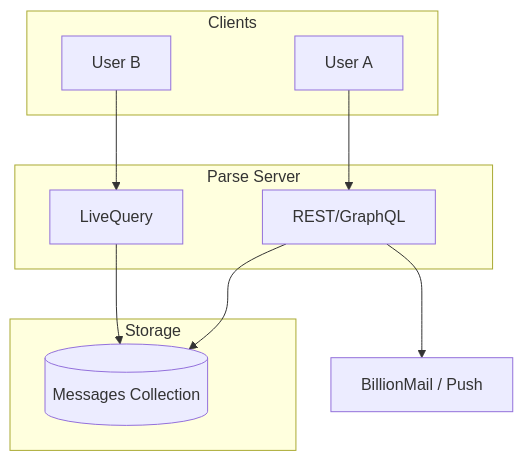
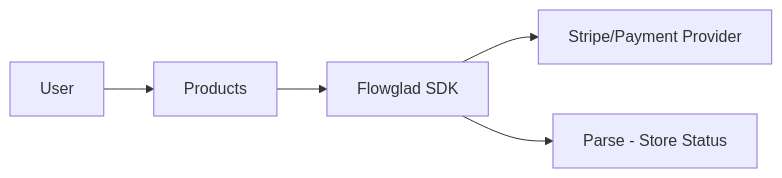
The fifth of 9 diagrams in expansion.md (dirm02/bloggista), drawn with Mermaid before and after one commit. The commit also changed other lines of this file, not shown here.

````diff
--- a/expansion.md
+++ b/expansion.md
@@ -214,22 +168,7 @@
 ```mermaid
-flowchart TB
-    subgraph Clients [Clients]
-        A[User A]
-        B[User B]
-    end
-
-    subgraph Parse [Parse Server]
-        REST2[REST/GraphQL]
-        LiveQuery2[LiveQuery]
-    end
-
-    subgraph Storage2 [Storage]
-        Messages[(Messages Collection)]
-    end
-
-    A --> REST2
-    B --> LiveQuery2
-    REST2 --> Messages
-    LiveQuery2 --> Messages
-    REST2 --> Notify[BillionMail / Push]
+flowchart LR
+    User[User] --> Products[Products]
+    Products --> Flowglad[Flowglad SDK]
+    Flowglad --> Stripe[Stripe/Payment Provider]
+    Flowglad --> Parse[Parse - Store Status]
 ```
````
